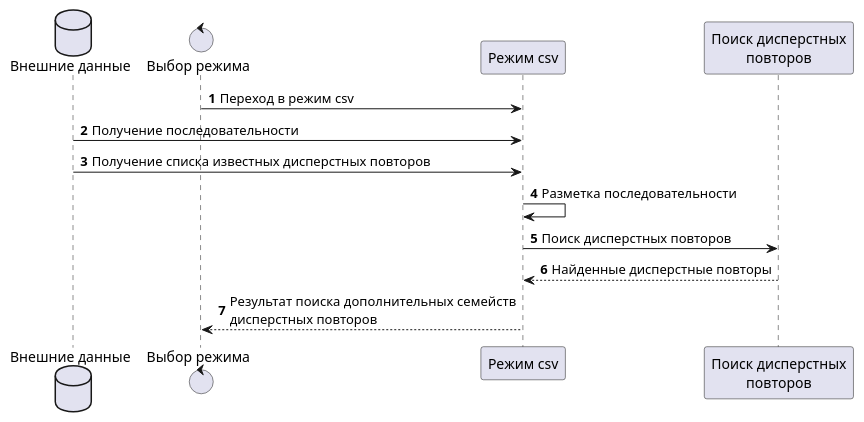
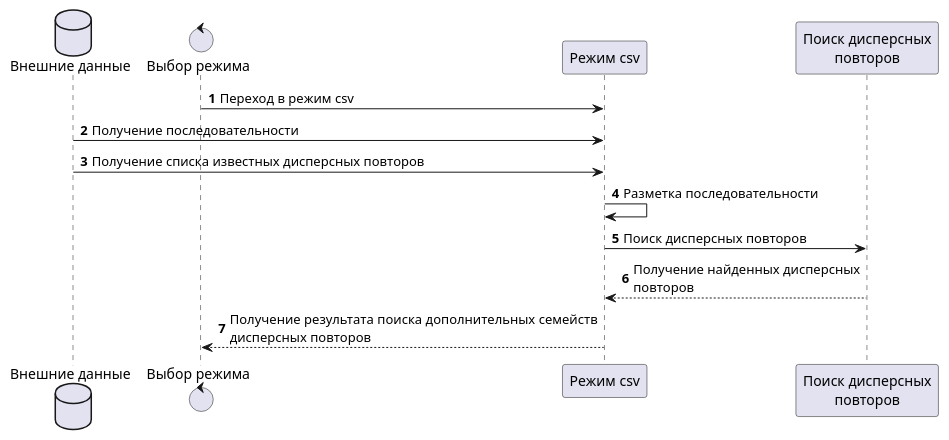
Before and after one commit to ikramanop/aligner: the diagram in diagrams/scheme_csv.puml, drawn with PlantUML. The commit also changed 5 other files, not shown here.

```diff
--- a/diagrams/scheme_csv.puml
+++ b/diagrams/scheme_csv.puml
@@ -1,17 +1,17 @@
 @startuml
 
 database "Внешние данные" as data
 control "Выбор режима" as router
 participant "Режим csv" as csv
-participant "Поиск дисперстных\nповторов" as search
+participant "Поиск дисперсных\nповторов" as search
 
 autonumber
 router -> csv: Переход в режим csv
 data -> csv: Получение последовательности
-data -> csv: Получение списка известных дисперстных повторов
+data -> csv: Получение списка известных дисперсных повторов
 csv -> csv: Разметка последовательности
-csv -> search: Поиск дисперстных повторов
-search --> csv: Найденные дисперстные повторы
-csv --> router: Результат поиска дополнительных семейств\nдисперстных повторов
+csv -> search: Поиск дисперсных повторов
+search --> csv: Получение найденных дисперсных\nповторов
+csv --> router: Получение результата поиска дополнительных семейств\nдисперсных повторов
 
 @enduml
```
